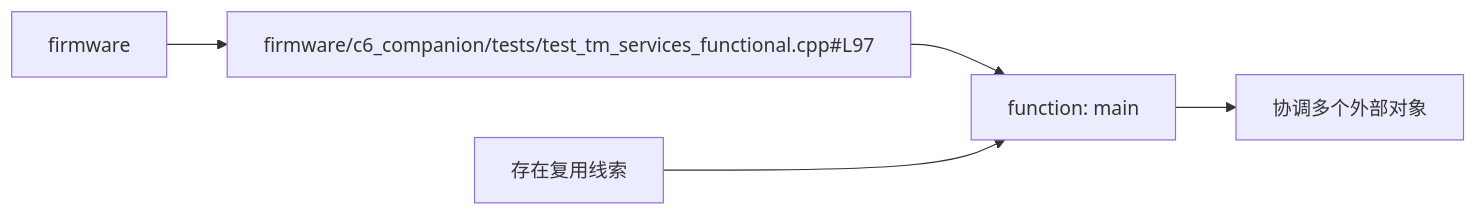
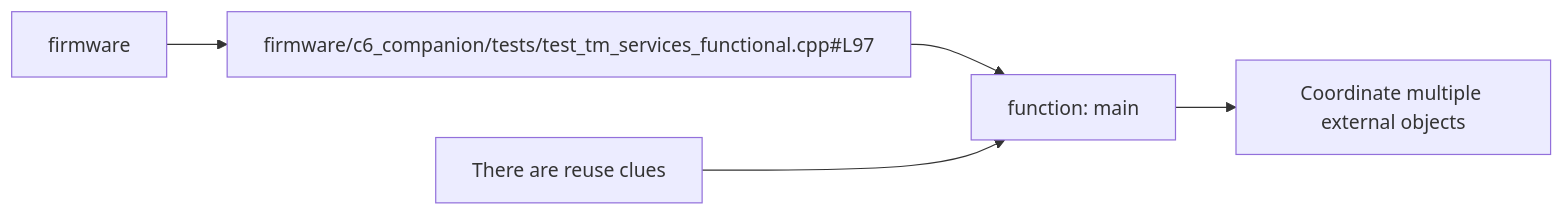
One commit to manmuqingshan/trail-mate changed the diagram in docs/engineering/component-diagrams/firmware-main/component-diagram.md. Above: the diagram before and after it, drawn with Mermaid. The commit also changed other lines of this file and 527 other files, not shown here.

````diff
--- a/docs/engineering/component-diagrams/firmware-main/component-diagram.md
+++ b/docs/engineering/component-diagrams/firmware-main/component-diagram.md
@@ -40,10 +40,10 @@
 ```mermaid
 flowchart LR
   package_node["firmware"]
   file_node["firmware/c6_companion/tests/test_tm_services_functional.cpp#L97"]
   component_node["function: main"]
   package_node --> file_node
   file_node --> component_node
-  component_node --> outgoingRelations["协调多个外部对象"]
-  incomingRelations["存在复用线索"] --> component_node
+ component_node --> outgoingRelations["Coordinate multiple external objects"]
+ incomingRelations["There are reuse clues"] --> component_node
 ```
````
